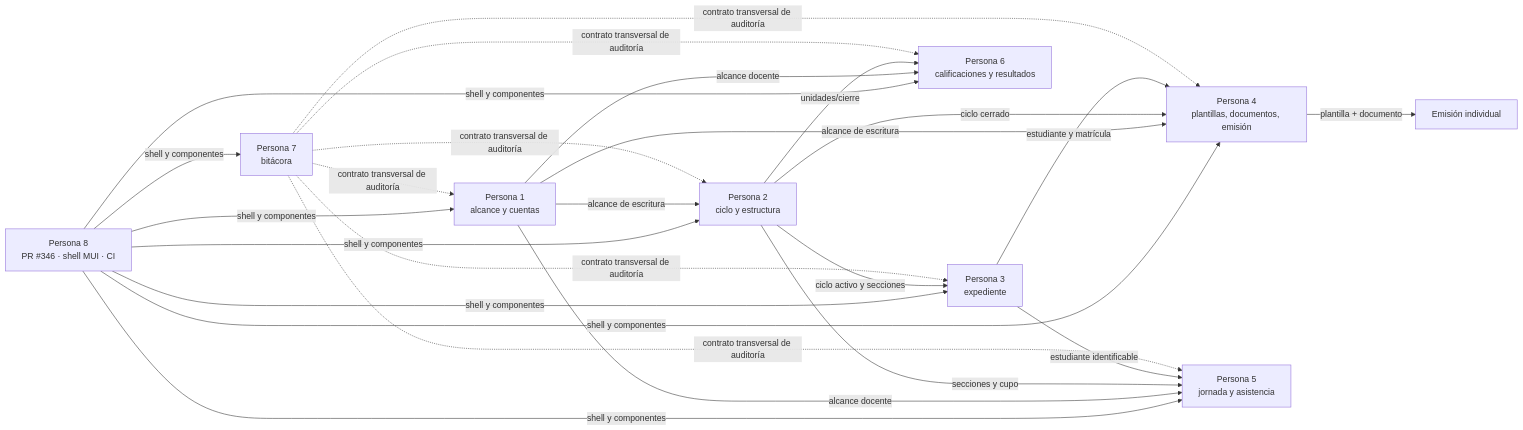
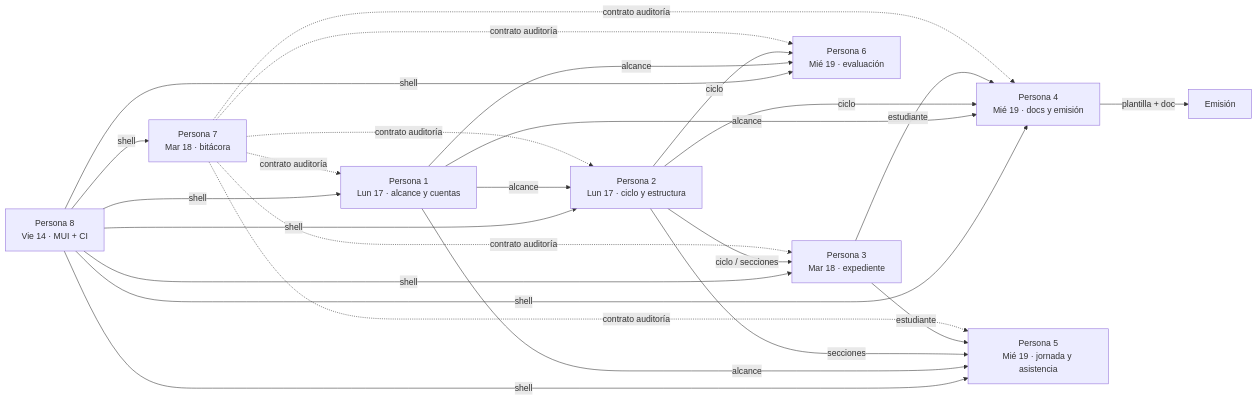
Before and after one commit to siga-inebi/siga-inebi: the first of 2 diagrams in docs/planning/sprint-2026-08-14.md, drawn with Mermaid. The commit also changed other lines of this file, not shown here.

````diff
--- a/docs/planning/sprint-2026-08-14.md
+++ b/docs/planning/sprint-2026-08-14.md
@@ -129,37 +177,37 @@
 ```mermaid
 flowchart LR
-    P8["Persona 8<br/>PR #346 · shell MUI · CI"]
-    P1["Persona 1<br/>alcance y cuentas"]
-    P2["Persona 2<br/>ciclo y estructura"]
-    P3["Persona 3<br/>expediente"]
-    P4["Persona 4<br/>plantillas, documentos, emisión"]
-    P5["Persona 5<br/>jornada y asistencia"]
-    P6["Persona 6<br/>calificaciones y resultados"]
-    P7["Persona 7<br/>bitácora"]
+    P8["Persona 8<br/>Vie 14 · MUI + CI"]
+    P1["Persona 1<br/>Lun 17 · alcance y cuentas"]
+    P2["Persona 2<br/>Lun 17 · ciclo y estructura"]
+    P3["Persona 3<br/>Mar 18 · expediente"]
+    P7["Persona 7<br/>Mar 18 · bitácora"]
+    P4["Persona 4<br/>Mié 19 · docs y emisión"]
+    P5["Persona 5<br/>Mié 19 · jornada y asistencia"]
+    P6["Persona 6<br/>Mié 19 · evaluación"]
 
-    P8 -->|"shell y componentes"| P1
-    P8 -->|"shell y componentes"| P2
-    P8 -->|"shell y componentes"| P3
-    P8 -->|"shell y componentes"| P4
-    P8 -->|"shell y componentes"| P5
-    P8 -->|"shell y componentes"| P6
-    P8 -->|"shell y componentes"| P7
+    P8 -->|"shell"| P1
+    P8 -->|"shell"| P2
+    P8 -->|"shell"| P3
+    P8 -->|"shell"| P4
+    P8 -->|"shell"| P5
+    P8 -->|"shell"| P6
+    P8 -->|"shell"| P7
 
-    P1 -->|"alcance de escritura"| P2
-    P1 -->|"alcance de escritura"| P4
-    P1 -->|"alcance docente"| P5
-    P1 -->|"alcance docente"| P6
-    P2 -->|"ciclo activo y secciones"| P3
-    P2 -->|"secciones y cupo"| P5
-    P2 -->|"unidades/cierre"| P6
-    P2 -->|"ciclo cerrado"| P4
-    P3 -->|"estudiante y matrícula"| P4
-    P3 -->|"estudiante identificable"| P5
-    P4 -->|"plantilla + documento"| EMI["Emisión individual"]
-    P7 -.->|"contrato transversal de auditoría"| P1
-    P7 -.->|"contrato transversal de auditoría"| P2
-    P7 -.->|"contrato transversal de auditoría"| P3
-    P7 -.->|"contrato transversal de auditoría"| P4
-    P7 -.->|"contrato transversal de auditoría"| P5
-    P7 -.->|"contrato transversal de auditoría"| P6
+    P1 -->|"alcance"| P2
+    P1 -->|"alcance"| P4
+    P1 -->|"alcance"| P5
+    P1 -->|"alcance"| P6
+    P2 -->|"ciclo / secciones"| P3
+    P2 -->|"secciones"| P5
+    P2 -->|"ciclo"| P6
+    P2 -->|"ciclo"| P4
+    P3 -->|"estudiante"| P4
+    P3 -->|"estudiante"| P5
+    P4 -->|"plantilla + doc"| EMI["Emisión"]
+    P7 -.->|"contrato auditoría"| P1
+    P7 -.->|"contrato auditoría"| P2
+    P7 -.->|"contrato auditoría"| P3
+    P7 -.->|"contrato auditoría"| P4
+    P7 -.->|"contrato auditoría"| P5
+    P7 -.->|"contrato auditoría"| P6
 ```
````
